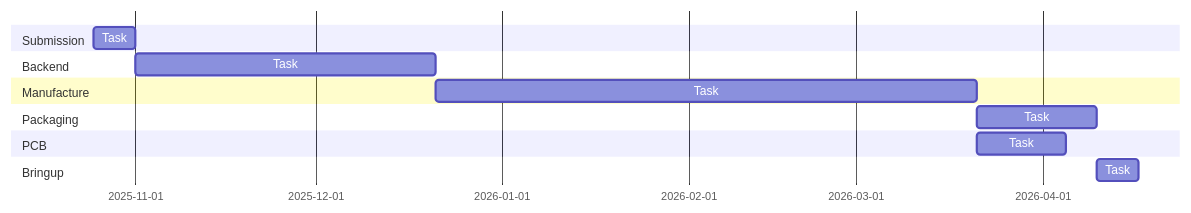
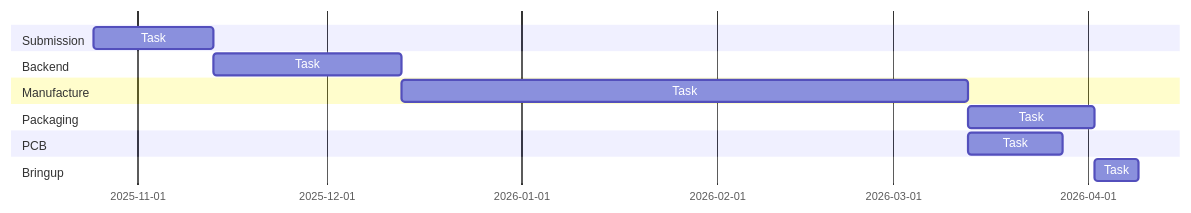
One commit to openecos-projects/.github changed the diagram in profile/README.md. Above: the diagram before and after it, drawn with Mermaid.

Commit message:
docs: update tapeout shuttle

````diff
--- a/profile/README.md
+++ b/profile/README.md
@@ -38,16 +38,16 @@
   ```mermaid
   gantt
     dateFormat YYYY-MM
     section Submission
-      Task: a1, 2025-10-25, 7d
+      Task: a1, 2025-10-25, 19d
     section Backend
-      Task: b1, 2025-11-01, 50d
+      Task: b1, 2025-11-13, 30d
     section Manufacture
       Task: c1, after b1, 90d
     section Packaging
       Task: d1, after c1, 20d
     section PCB
       Task: e1, after c1, 15d
     section Bringup
       Task: f1, after d1, 7d
   ```
````
